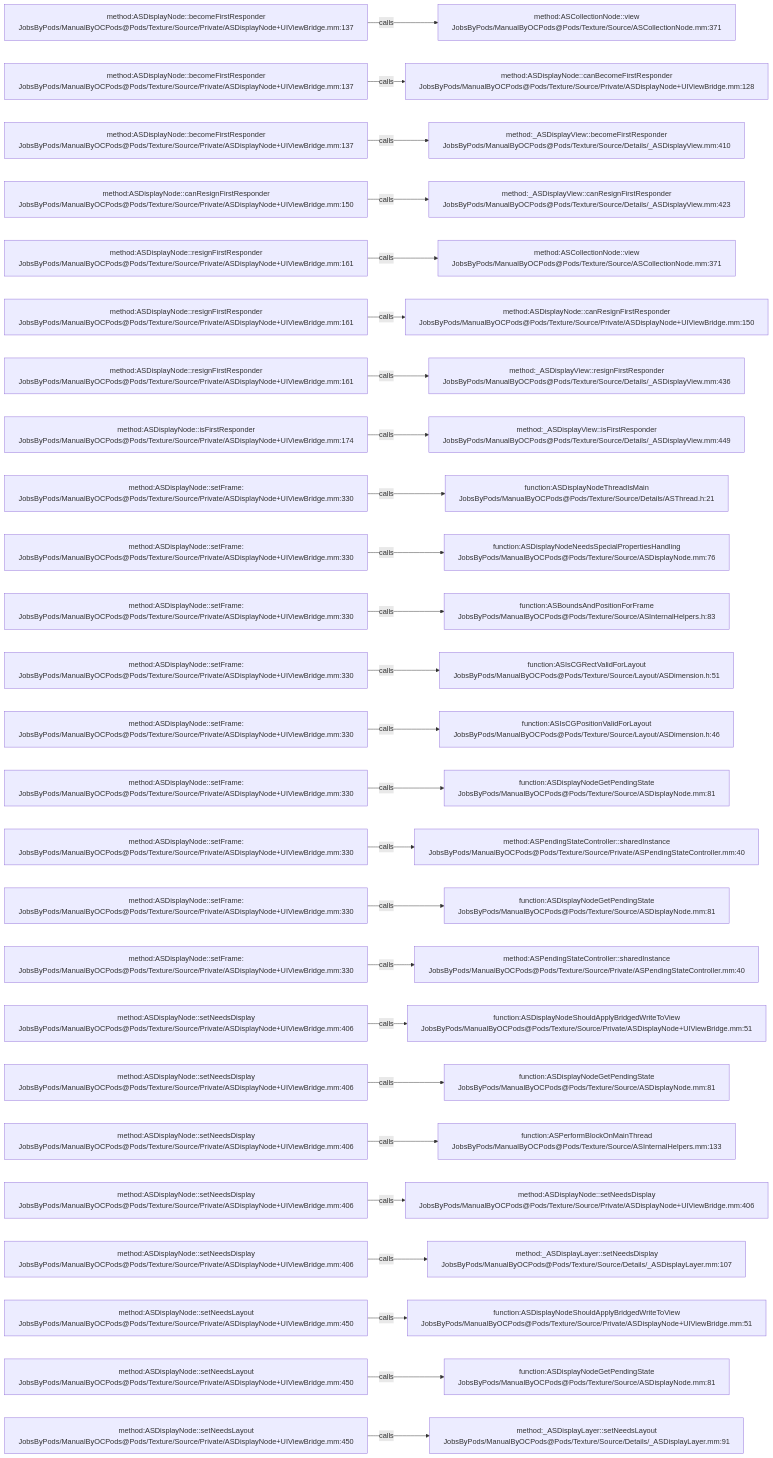
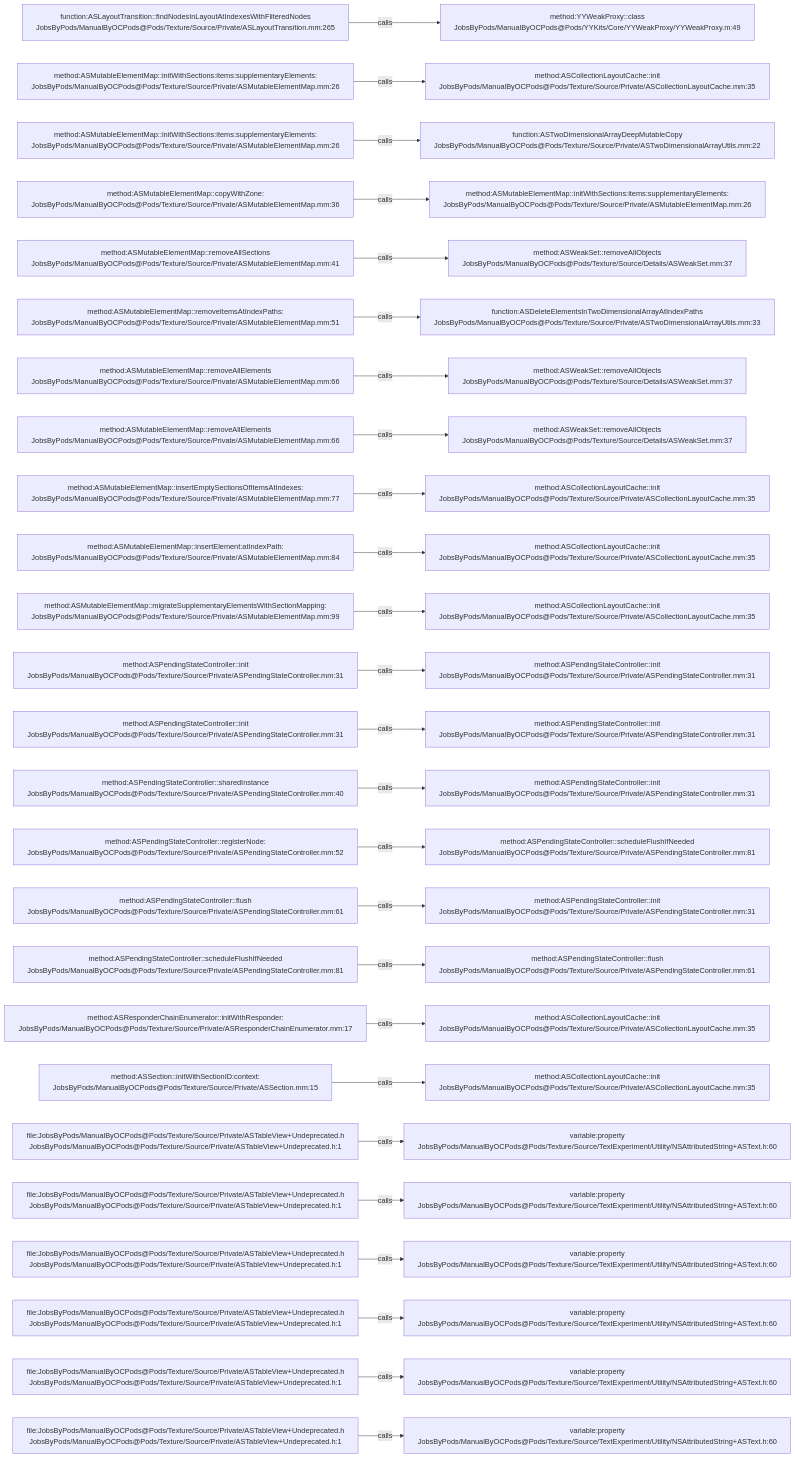
The diagram in .codegraph/codegraph.md/graphs/calls-189.md (JobsKits/JobsOCBaseConfigDemo), drawn with Mermaid before and after one commit. The commit also changed 1353 other files, not shown here.

````diff
--- a/.codegraph/codegraph.md/graphs/calls-189.md
+++ b/.codegraph/codegraph.md/graphs/calls-189.md
@@ -13,78 +13,78 @@
 ```mermaid
 flowchart LR
-  S1["method:ASDisplayNode::becomeFirstResponder<br/>JobsByPods/ManualByOCPods@Pods/Texture/Source/Private/ASDisplayNode+UIViewBridge.mm:137"]
-  T1["method:ASCollectionNode::view<br/>JobsByPods/ManualByOCPods@Pods/Texture/Source/ASCollectionNode.mm:371"]
+  S1["function:ASLayoutTransition::findNodesInLayoutAtIndexesWithFilteredNodes<br/>JobsByPods/ManualByOCPods@Pods/Texture/Source/Private/ASLayoutTransition.mm:265"]
+  T1["method:YYWeakProxy::class<br/>JobsByPods/ManualByOCPods@Pods/YYKits/Core/YYWeakProxy/YYWeakProxy.m:49"]
   S1 -->|calls| T1
-  S2["method:ASDisplayNode::becomeFirstResponder<br/>JobsByPods/ManualByOCPods@Pods/Texture/Source/Private/ASDisplayNode+UIViewBridge.mm:137"]
-  T2["method:ASDisplayNode::canBecomeFirstResponder<br/>JobsByPods/ManualByOCPods@Pods/Texture/Source/Private/ASDisplayNode+UIViewBridge.mm:128"]
+  S2["method:ASMutableElementMap::initWithSections:items:supplementaryElements:<br/>JobsByPods/ManualByOCPods@Pods/Texture/Source/Private/ASMutableElementMap.mm:26"]
+  T2["method:ASCollectionLayoutCache::init<br/>JobsByPods/ManualByOCPods@Pods/Texture/Source/Private/ASCollectionLayoutCache.mm:35"]
   S2 -->|calls| T2
-  S3["method:ASDisplayNode::becomeFirstResponder<br/>JobsByPods/ManualByOCPods@Pods/Texture/Source/Private/ASDisplayNode+UIViewBridge.mm:137"]
-  T3["method:_ASDisplayView::becomeFirstResponder<br/>JobsByPods/ManualByOCPods@Pods/Texture/Source/Details/_ASDisplayView.mm:410"]
+  S3["method:ASMutableElementMap::initWithSections:items:supplementaryElements:<br/>JobsByPods/ManualByOCPods@Pods/Texture/Source/Private/ASMutableElementMap.mm:26"]
+  T3["function:ASTwoDimensionalArrayDeepMutableCopy<br/>JobsByPods/ManualByOCPods@Pods/Texture/Source/Private/ASTwoDimensionalArrayUtils.mm:22"]
   S3 -->|calls| T3
-  S4["method:ASDisplayNode::canResignFirstResponder<br/>JobsByPods/ManualByOCPods@Pods/Texture/Source/Private/ASDisplayNode+UIViewBridge.mm:150"]
-  T4["method:_ASDisplayView::canResignFirstResponder<br/>JobsByPods/ManualByOCPods@Pods/Texture/Source/Details/_ASDisplayView.mm:423"]
+  S4["method:ASMutableElementMap::copyWithZone:<br/>JobsByPods/ManualByOCPods@Pods/Texture/Source/Private/ASMutableElementMap.mm:36"]
+  T4["method:ASMutableElementMap::initWithSections:items:supplementaryElements:<br/>JobsByPods/ManualByOCPods@Pods/Texture/Source/Private/ASMutableElementMap.mm:26"]
   S4 -->|calls| T4
-  S5["method:ASDisplayNode::resignFirstResponder<br/>JobsByPods/ManualByOCPods@Pods/Texture/Source/Private/ASDisplayNode+UIViewBridge.mm:161"]
-  T5["method:ASCollectionNode::view<br/>JobsByPods/ManualByOCPods@Pods/Texture/Source/ASCollectionNode.mm:371"]
+  S5["method:ASMutableElementMap::removeAllSections<br/>JobsByPods/ManualByOCPods@Pods/Texture/Source/Private/ASMutableElementMap.mm:41"]
+  T5["method:ASWeakSet::removeAllObjects<br/>JobsByPods/ManualByOCPods@Pods/Texture/Source/Details/ASWeakSet.mm:37"]
   S5 -->|calls| T5
-  S6["method:ASDisplayNode::resignFirstResponder<br/>JobsByPods/ManualByOCPods@Pods/Texture/Source/Private/ASDisplayNode+UIViewBridge.mm:161"]
-  T6["method:ASDisplayNode::canResignFirstResponder<br/>JobsByPods/ManualByOCPods@Pods/Texture/Source/Private/ASDisplayNode+UIViewBridge.mm:150"]
+  S6["method:ASMutableElementMap::removeItemsAtIndexPaths:<br/>JobsByPods/ManualByOCPods@Pods/Texture/Source/Private/ASMutableElementMap.mm:51"]
+  T6["function:ASDeleteElementsInTwoDimensionalArrayAtIndexPaths<br/>JobsByPods/ManualByOCPods@Pods/Texture/Source/Private/ASTwoDimensionalArrayUtils.mm:33"]
   S6 -->|calls| T6
-  S7["method:ASDisplayNode::resignFirstResponder<br/>JobsByPods/ManualByOCPods@Pods/Texture/Source/Private/ASDisplayNode+UIViewBridge.mm:161"]
-  T7["method:_ASDisplayView::resignFirstResponder<br/>JobsByPods/ManualByOCPods@Pods/Texture/Source/Details/_ASDisplayView.mm:436"]
+  S7["method:ASMutableElementMap::removeAllElements<br/>JobsByPods/ManualByOCPods@Pods/Texture/Source/Private/ASMutableElementMap.mm:66"]
+  T7["method:ASWeakSet::removeAllObjects<br/>JobsByPods/ManualByOCPods@Pods/Texture/Source/Details/ASWeakSet.mm:37"]
   S7 -->|calls| T7
-  S8["method:ASDisplayNode::isFirstResponder<br/>JobsByPods/ManualByOCPods@Pods/Texture/Source/Private/ASDisplayNode+UIViewBridge.mm:174"]
-  T8["method:_ASDisplayView::isFirstResponder<br/>JobsByPods/ManualByOCPods@Pods/Texture/Source/Details/_ASDisplayView.mm:449"]
+  S8["method:ASMutableElementMap::removeAllElements<br/>JobsByPods/ManualByOCPods@Pods/Texture/Source/Private/ASMutableElementMap.mm:66"]
+  T8["method:ASWeakSet::removeAllObjects<br/>JobsByPods/ManualByOCPods@Pods/Texture/Source/Details/ASWeakSet.mm:37"]
   S8 -->|calls| T8
-  S9["method:ASDisplayNode::setFrame:<br/>JobsByPods/ManualByOCPods@Pods/Texture/Source/Private/ASDisplayNode+UIViewBridge.mm:330"]
-  T9["function:ASDisplayNodeThreadIsMain<br/>JobsByPods/ManualByOCPods@Pods/Texture/Source/Details/ASThread.h:21"]
+  S9["method:ASMutableElementMap::insertEmptySectionsOfItemsAtIndexes:<br/>JobsByPods/ManualByOCPods@Pods/Texture/Source/Private/ASMutableElementMap.mm:77"]
+  T9["method:ASCollectionLayoutCache::init<br/>JobsByPods/ManualByOCPods@Pods/Texture/Source/Private/ASCollectionLayoutCache.mm:35"]
   S9 -->|calls| T9
-  S10["method:ASDisplayNode::setFrame:<br/>JobsByPods/ManualByOCPods@Pods/Texture/Source/Private/ASDisplayNode+UIViewBridge.mm:330"]
-  T10["function:ASDisplayNodeNeedsSpecialPropertiesHandling<br/>JobsByPods/ManualByOCPods@Pods/Texture/Source/ASDisplayNode.mm:76"]
+  S10["method:ASMutableElementMap::insertElement:atIndexPath:<br/>JobsByPods/ManualByOCPods@Pods/Texture/Source/Private/ASMutableElementMap.mm:84"]
+  T10["method:ASCollectionLayoutCache::init<br/>JobsByPods/ManualByOCPods@Pods/Texture/Source/Private/ASCollectionLayoutCache.mm:35"]
   S10 -->|calls| T10
-  S11["method:ASDisplayNode::setFrame:<br/>JobsByPods/ManualByOCPods@Pods/Texture/Source/Private/ASDisplayNode+UIViewBridge.mm:330"]
-  T11["function:ASBoundsAndPositionForFrame<br/>JobsByPods/ManualByOCPods@Pods/Texture/Source/ASInternalHelpers.h:83"]
+  S11["method:ASMutableElementMap::migrateSupplementaryElementsWithSectionMapping:<br/>JobsByPods/ManualByOCPods@Pods/Texture/Source/Private/ASMutableElementMap.mm:99"]
+  T11["method:ASCollectionLayoutCache::init<br/>JobsByPods/ManualByOCPods@Pods/Texture/Source/Private/ASCollectionLayoutCache.mm:35"]
   S11 -->|calls| T11
-  S12["method:ASDisplayNode::setFrame:<br/>JobsByPods/ManualByOCPods@Pods/Texture/Source/Private/ASDisplayNode+UIViewBridge.mm:330"]
-  T12["function:ASIsCGRectValidForLayout<br/>JobsByPods/ManualByOCPods@Pods/Texture/Source/Layout/ASDimension.h:51"]
+  S12["method:ASPendingStateController::init<br/>JobsByPods/ManualByOCPods@Pods/Texture/Source/Private/ASPendingStateController.mm:31"]
+  T12["method:ASPendingStateController::init<br/>JobsByPods/ManualByOCPods@Pods/Texture/Source/Private/ASPendingStateController.mm:31"]
   S12 -->|calls| T12
-  S13["method:ASDisplayNode::setFrame:<br/>JobsByPods/ManualByOCPods@Pods/Texture/Source/Private/ASDisplayNode+UIViewBridge.mm:330"]
-  T13["function:ASIsCGPositionValidForLayout<br/>JobsByPods/ManualByOCPods@Pods/Texture/Source/Layout/ASDimension.h:46"]
+  S13["method:ASPendingStateController::init<br/>JobsByPods/ManualByOCPods@Pods/Texture/Source/Private/ASPendingStateController.mm:31"]
+  T13["method:ASPendingStateController::init<br/>JobsByPods/ManualByOCPods@Pods/Texture/Source/Private/ASPendingStateController.mm:31"]
   S13 -->|calls| T13
-  S14["method:ASDisplayNode::setFrame:<br/>JobsByPods/ManualByOCPods@Pods/Texture/Source/Private/ASDisplayNode+UIViewBridge.mm:330"]
-  T14["function:ASDisplayNodeGetPendingState<br/>JobsByPods/ManualByOCPods@Pods/Texture/Source/ASDisplayNode.mm:81"]
+  S14["method:ASPendingStateController::sharedInstance<br/>JobsByPods/ManualByOCPods@Pods/Texture/Source/Private/ASPendingStateController.mm:40"]
+  T14["method:ASPendingStateController::init<br/>JobsByPods/ManualByOCPods@Pods/Texture/Source/Private/ASPendingStateController.mm:31"]
   S14 -->|calls| T14
-  S15["method:ASDisplayNode::setFrame:<br/>JobsByPods/ManualByOCPods@Pods/Texture/Source/Private/ASDisplayNode+UIViewBridge.mm:330"]
-  T15["method:ASPendingStateController::sharedInstance<br/>JobsByPods/ManualByOCPods@Pods/Texture/Source/Private/ASPendingStateController.mm:40"]
+  S15["method:ASPendingStateController::registerNode:<br/>JobsByPods/ManualByOCPods@Pods/Texture/Source/Private/ASPendingStateController.mm:52"]
+  T15["method:ASPendingStateController::scheduleFlushIfNeeded<br/>JobsByPods/ManualByOCPods@Pods/Texture/Source/Private/ASPendingStateController.mm:81"]
   S15 -->|calls| T15
-  S16["method:ASDisplayNode::setFrame:<br/>JobsByPods/ManualByOCPods@Pods/Texture/Source/Private/ASDisplayNode+UIViewBridge.mm:330"]
-  T16["function:ASDisplayNodeGetPendingState<br/>JobsByPods/ManualByOCPods@Pods/Texture/Source/ASDisplayNode.mm:81"]
+  S16["method:ASPendingStateController::flush<br/>JobsByPods/ManualByOCPods@Pods/Texture/Source/Private/ASPendingStateController.mm:61"]
+  T16["method:ASPendingStateController::init<br/>JobsByPods/ManualByOCPods@Pods/Texture/Source/Private/ASPendingStateController.mm:31"]
   S16 -->|calls| T16
-  S17["method:ASDisplayNode::setFrame:<br/>JobsByPods/ManualByOCPods@Pods/Texture/Source/Private/ASDisplayNode+UIViewBridge.mm:330"]
-  T17["method:ASPendingStateController::sharedInstance<br/>JobsByPods/ManualByOCPods@Pods/Texture/Source/Private/ASPendingStateController.mm:40"]
+  S17["method:ASPendingStateController::scheduleFlushIfNeeded<br/>JobsByPods/ManualByOCPods@Pods/Texture/Source/Private/ASPendingStateController.mm:81"]
+  T17["method:ASPendingStateController::flush<br/>JobsByPods/ManualByOCPods@Pods/Texture/Source/Private/ASPendingStateController.mm:61"]
   S17 -->|calls| T17
-  S18["method:ASDisplayNode::setNeedsDisplay<br/>JobsByPods/ManualByOCPods@Pods/Texture/Source/Private/ASDisplayNode+UIViewBridge.mm:406"]
-  T18["function:ASDisplayNodeShouldApplyBridgedWriteToView<br/>JobsByPods/ManualByOCPods@Pods/Texture/Source/Private/ASDisplayNode+UIViewBridge.mm:51"]
+  S18["method:ASResponderChainEnumerator::initWithResponder:<br/>JobsByPods/ManualByOCPods@Pods/Texture/Source/Private/ASResponderChainEnumerator.mm:17"]
+  T18["method:ASCollectionLayoutCache::init<br/>JobsByPods/ManualByOCPods@Pods/Texture/Source/Private/ASCollectionLayoutCache.mm:35"]
   S18 -->|calls| T18
-  S19["method:ASDisplayNode::setNeedsDisplay<br/>JobsByPods/ManualByOCPods@Pods/Texture/Source/Private/ASDisplayNode+UIViewBridge.mm:406"]
-  T19["function:ASDisplayNodeGetPendingState<br/>JobsByPods/ManualByOCPods@Pods/Texture/Source/ASDisplayNode.mm:81"]
+  S19["method:ASSection::initWithSectionID:context:<br/>JobsByPods/ManualByOCPods@Pods/Texture/Source/Private/ASSection.mm:15"]
+  T19["method:ASCollectionLayoutCache::init<br/>JobsByPods/ManualByOCPods@Pods/Texture/Source/Private/ASCollectionLayoutCache.mm:35"]
   S19 -->|calls| T19
-  S20["method:ASDisplayNode::setNeedsDisplay<br/>JobsByPods/ManualByOCPods@Pods/Texture/Source/Private/ASDisplayNode+UIViewBridge.mm:406"]
-  T20["function:ASPerformBlockOnMainThread<br/>JobsByPods/ManualByOCPods@Pods/Texture/Source/ASInternalHelpers.mm:133"]
+  S20["file:JobsByPods/ManualByOCPods@Pods/Texture/Source/Private/ASTableView+Undeprecated.h<br/>JobsByPods/ManualByOCPods@Pods/Texture/Source/Private/ASTableView+Undeprecated.h:1"]
+  T20["variable:property<br/>JobsByPods/ManualByOCPods@Pods/Texture/Source/TextExperiment/Utility/NSAttributedString+ASText.h:60"]
   S20 -->|calls| T20
-  S21["method:ASDisplayNode::setNeedsDisplay<br/>JobsByPods/ManualByOCPods@Pods/Texture/Source/Private/ASDisplayNode+UIViewBridge.mm:406"]
-  T21["method:ASDisplayNode::setNeedsDisplay<br/>JobsByPods/ManualByOCPods@Pods/Texture/Source/Private/ASDisplayNode+UIViewBridge.mm:406"]
+  S21["file:JobsByPods/ManualByOCPods@Pods/Texture/Source/Private/ASTableView+Undeprecated.h<br/>JobsByPods/ManualByOCPods@Pods/Texture/Source/Private/ASTableView+Undeprecated.h:1"]
+  T21["variable:property<br/>JobsByPods/ManualByOCPods@Pods/Texture/Source/TextExperiment/Utility/NSAttributedString+ASText.h:60"]
   S21 -->|calls| T21
-  S22["method:ASDisplayNode::setNeedsDisplay<br/>JobsByPods/ManualByOCPods@Pods/Texture/Source/Private/ASDisplayNode+UIViewBridge.mm:406"]
-  T22["method:_ASDisplayLayer::setNeedsDisplay<br/>JobsByPods/ManualByOCPods@Pods/Texture/Source/Details/_ASDisplayLayer.mm:107"]
+  S22["file:JobsByPods/ManualByOCPods@Pods/Texture/Source/Private/ASTableView+Undeprecated.h<br/>JobsByPods/ManualByOCPods@Pods/Texture/Source/Private/ASTableView+Undeprecated.h:1"]
+  T22["variable:property<br/>JobsByPods/ManualByOCPods@Pods/Texture/Source/TextExperiment/Utility/NSAttributedString+ASText.h:60"]
   S22 -->|calls| T22
-  S23["method:ASDisplayNode::setNeedsLayout<br/>JobsByPods/ManualByOCPods@Pods/Texture/Source/Private/ASDisplayNode+UIViewBridge.mm:450"]
-  T23["function:ASDisplayNodeShouldApplyBridgedWriteToView<br/>JobsByPods/ManualByOCPods@Pods/Texture/Source/Private/ASDisplayNode+UIViewBridge.mm:51"]
+  S23["file:JobsByPods/ManualByOCPods@Pods/Texture/Source/Private/ASTableView+Undeprecated.h<br/>JobsByPods/ManualByOCPods@Pods/Texture/Source/Private/ASTableView+Undeprecated.h:1"]
+  T23["variable:property<br/>JobsByPods/ManualByOCPods@Pods/Texture/Source/TextExperiment/Utility/NSAttributedString+ASText.h:60"]
   S23 -->|calls| T23
-  S24["method:ASDisplayNode::setNeedsLayout<br/>JobsByPods/ManualByOCPods@Pods/Texture/Source/Private/ASDisplayNode+UIViewBridge.mm:450"]
-  T24["function:ASDisplayNodeGetPendingState<br/>JobsByPods/ManualByOCPods@Pods/Texture/Source/ASDisplayNode.mm:81"]
+  S24["file:JobsByPods/ManualByOCPods@Pods/Texture/Source/Private/ASTableView+Undeprecated.h<br/>JobsByPods/ManualByOCPods@Pods/Texture/Source/Private/ASTableView+Undeprecated.h:1"]
+  T24["variable:property<br/>JobsByPods/ManualByOCPods@Pods/Texture/Source/TextExperiment/Utility/NSAttributedString+ASText.h:60"]
   S24 -->|calls| T24
-  S25["method:ASDisplayNode::setNeedsLayout<br/>JobsByPods/ManualByOCPods@Pods/Texture/Source/Private/ASDisplayNode+UIViewBridge.mm:450"]
-  T25["method:_ASDisplayLayer::setNeedsLayout<br/>JobsByPods/ManualByOCPods@Pods/Texture/Source/Details/_ASDisplayLayer.mm:91"]
+  S25["file:JobsByPods/ManualByOCPods@Pods/Texture/Source/Private/ASTableView+Undeprecated.h<br/>JobsByPods/ManualByOCPods@Pods/Texture/Source/Private/ASTableView+Undeprecated.h:1"]
+  T25["variable:property<br/>JobsByPods/ManualByOCPods@Pods/Texture/Source/TextExperiment/Utility/NSAttributedString+ASText.h:60"]
   S25 -->|calls| T25
 ```
````
